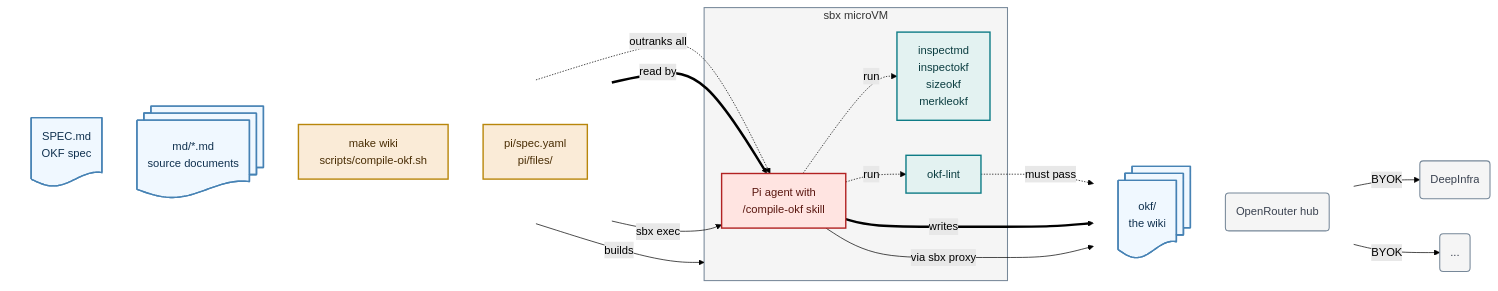
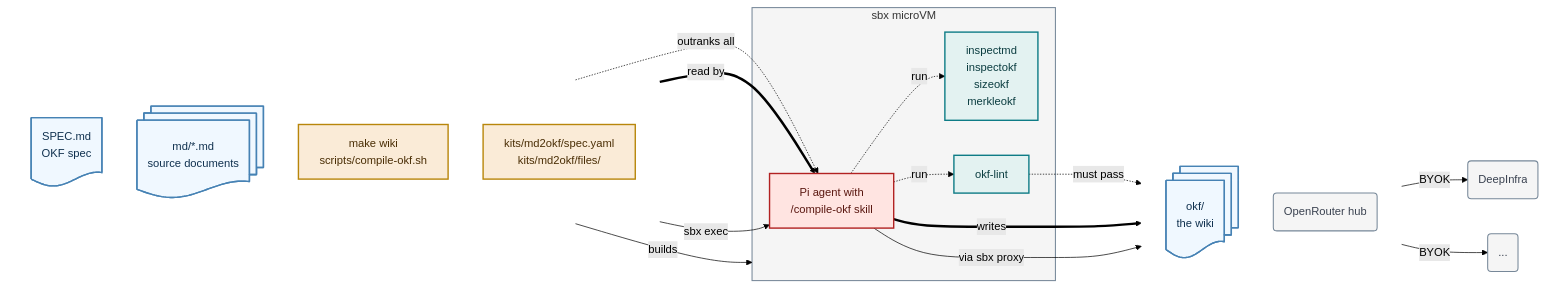
The diagram in README.md (lars20070/md2okf), drawn with Mermaid (forest theme) before and after one commit. The commit also changed other lines of this file and 23 other files, not shown here.

````diff
--- a/README.md
+++ b/README.md
@@ -23,48 +23,48 @@
 ```mermaid
 flowchart LR
   subgraph IN[" "]
     direction TB
     SPEC@{ shape: doc, label: "SPEC.md<br/>OKF spec"}
     MD@{ shape: docs, label: "md/*.md<br/>source documents"}
     DRV["make wiki<br/>scripts/compile-okf.sh"]
-    KIT["pi/spec.yaml<br/>pi/files/"]
+    KIT["kits/md2okf/spec.yaml<br/>kits/md2okf/files/"]
   end
 
   subgraph VM["sbx microVM"]
     PI["Pi agent with<br/>/compile-okf skill"]
     TOOLS["inspectmd<br/>inspectokf<br/>sizeokf<br/>merkleokf"]
     LINT["okf-lint"]
   end
 
   subgraph OUT[" "]
     direction TB
     OKF@{ shape: docs, label: "okf/<br/>the wiki"}
     NET("OpenRouter hub")
   end
   NET1("DeepInfra")
   NET2("...")
 
   SPEC -.->|"outranks all"| PI
   MD ==>|"read by"| PI
   DRV -->|"sbx exec"| PI
   KIT -->|"builds"| VM
   PI -.->|"run"| TOOLS & LINT
   LINT -.->|"must pass"| OKF
   PI ==>|"writes"| OKF
   PI -->|"via sbx proxy"| NET
   NET -->|"BYOK"| NET1 & NET2
 
   classDef data    fill:aliceblue,stroke:steelblue,stroke-width:2px,color:#10314F
   classDef host    fill:antiquewhite,stroke:darkgoldenrod,stroke-width:2px,color:#4A2E05
   classDef helper  fill:#E3F2F1,stroke:#0E7C86,stroke-width:2px,color:#0B3D40
   classDef agent   fill:mistyrose,stroke:firebrick,stroke-width:2px,color:#5A1710
   classDef ext     fill:whitesmoke,stroke:lightslategray,stroke-width:1.5px,color:#3A4250
   class MD,SPEC,OKF data
   class KIT,DRV host
   class TOOLS,LINT helper
   class PI agent
   class NET,NET1,NET2 ext
   style VM fill:whitesmoke,stroke:lightslategray,stroke-width:1.5px
   style IN fill:none,stroke:none
   style OUT fill:none,stroke:none
 ```
````
